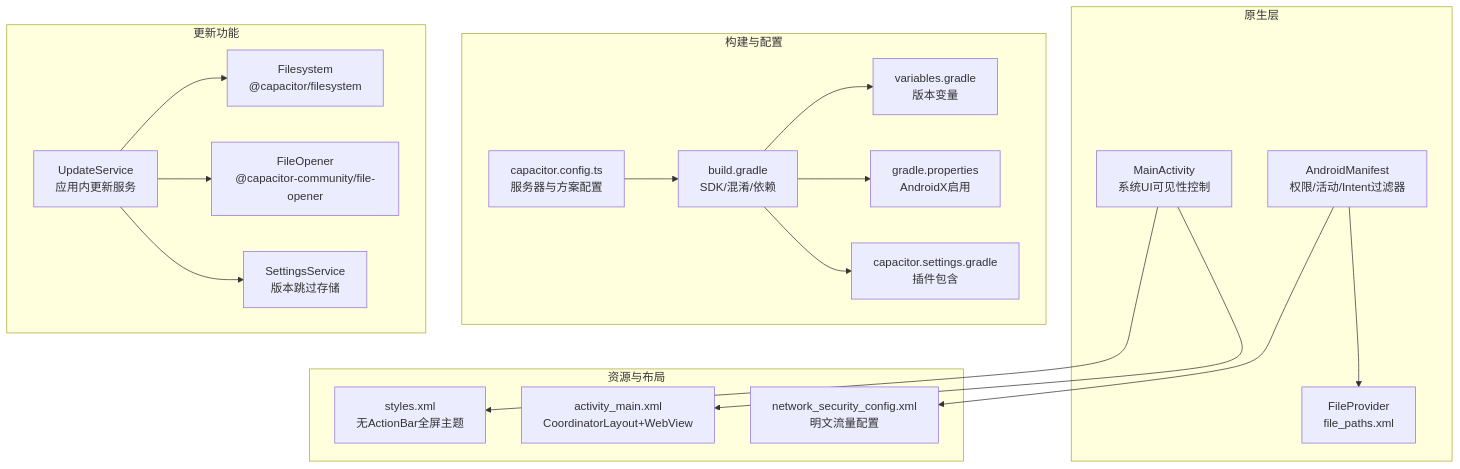
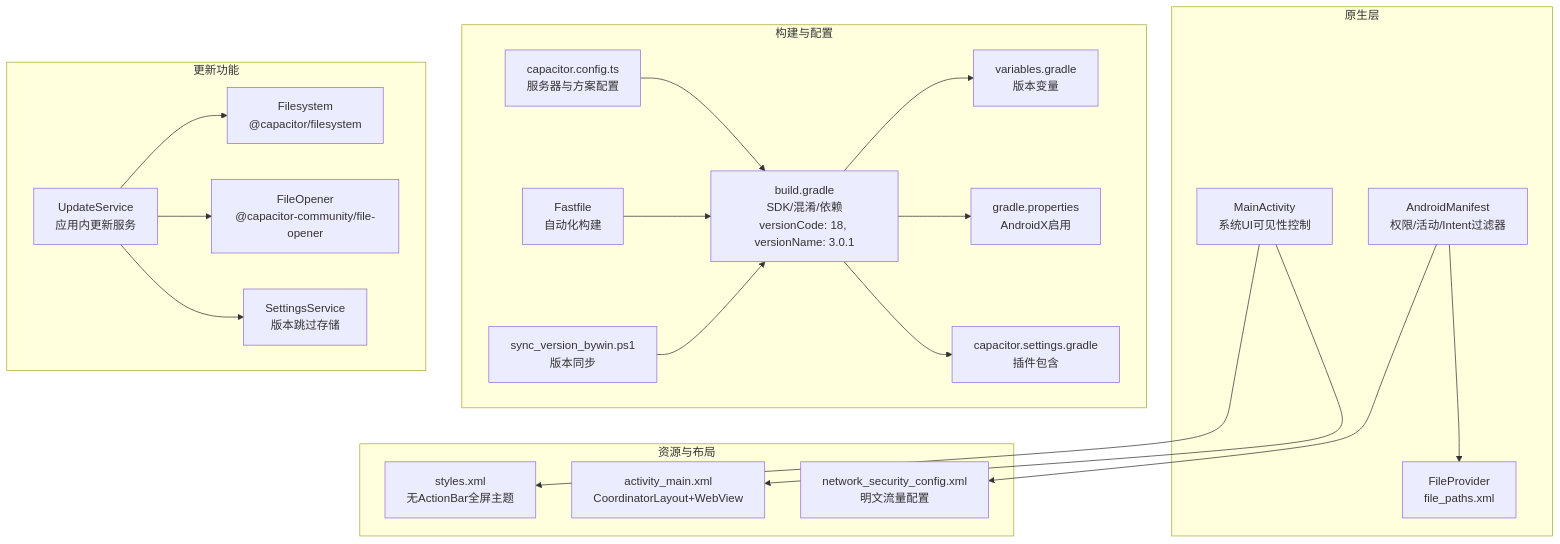
One commit to tea4go/Macro-Deck-Client-App changed the second of 11 diagrams in .qoder/repowiki/zh/content/原生平台集成/Android平台集成.md. Above: the diagram before and after it, drawn with Mermaid. The commit also changed other lines of this file and 50 other files, not shown here.

````diff
--- a/.qoder/repowiki/zh/content/原生平台集成/Android平台集成.md
+++ b/.qoder/repowiki/zh/content/原生平台集成/Android平台集成.md
@@ -150,37 +156,41 @@
 ```mermaid
 graph TB
 subgraph "原生层"
 MA["MainActivity<br/>系统UI可见性控制"]
 AM["AndroidManifest<br/>权限/活动/Intent过滤器"]
 FP["FileProvider<br/>file_paths.xml"]
 end
 subgraph "资源与布局"
 ST["styles.xml<br/>无ActionBar全屏主题"]
 AL["activity_main.xml<br/>CoordinatorLayout+WebView"]
 NSC["network_security_config.xml<br/>明文流量配置"]
 end
 subgraph "构建与配置"
-BG["build.gradle<br/>SDK/混淆/依赖"]
+BG["build.gradle<br/>SDK/混淆/依赖<br/>versionCode: 18, versionName: 3.0.1"]
 VG["variables.gradle<br/>版本变量"]
 GP["gradle.properties<br/>AndroidX启用"]
 CS["capacitor.settings.gradle<br/>插件包含"]
 SC["capacitor.config.ts<br/>服务器与方案配置"]
+FL["Fastfile<br/>自动化构建"]
+SV["sync_version_bywin.ps1<br/>版本同步"]
 end
 subgraph "更新功能"
 US["UpdateService<br/>应用内更新服务"]
 FS["Filesystem<br/>@capacitor/filesystem"]
 FO["FileOpener<br/>@capacitor-community/file-opener"]
 SS["SettingsService<br/>版本跳过存储"]
 end
 MA --> ST
 MA --> AL
 AM --> FP
 AM --> NSC
 BG --> VG
 BG --> GP
 BG --> CS
 SC --> BG
+FL --> BG
+SV --> BG
 US --> FS
 US --> FO
 US --> SS
 ```
````
